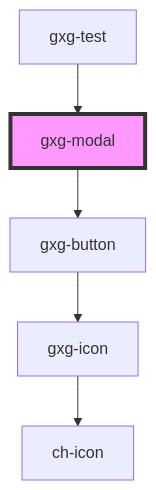
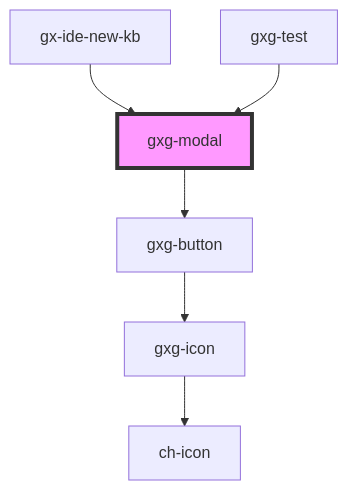
Before and after one commit to genexuslabs/gemini: the diagram in src/components/modal/readme.md, drawn with Mermaid. The commit also changed other lines of this file and 45 other files, not shown here.

````diff
--- a/src/components/modal/readme.md
+++ b/src/components/modal/readme.md
@@ -49,8 +51,9 @@
 ```mermaid
 graph TD;
   gxg-modal --> gxg-button
   gxg-button --> gxg-icon
   gxg-icon --> ch-icon
+  gx-ide-new-kb --> gxg-modal
   gxg-test --> gxg-modal
   style gxg-modal fill:#f9f,stroke:#333,stroke-width:4px
 ```
````
